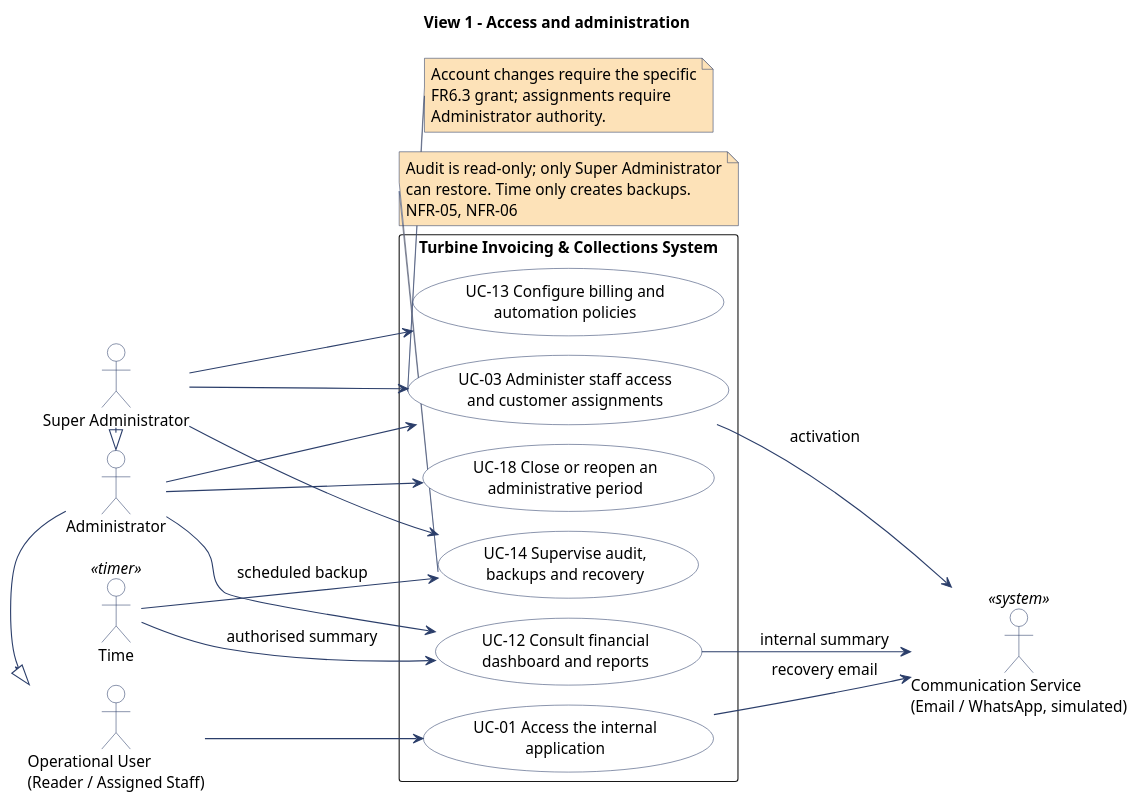
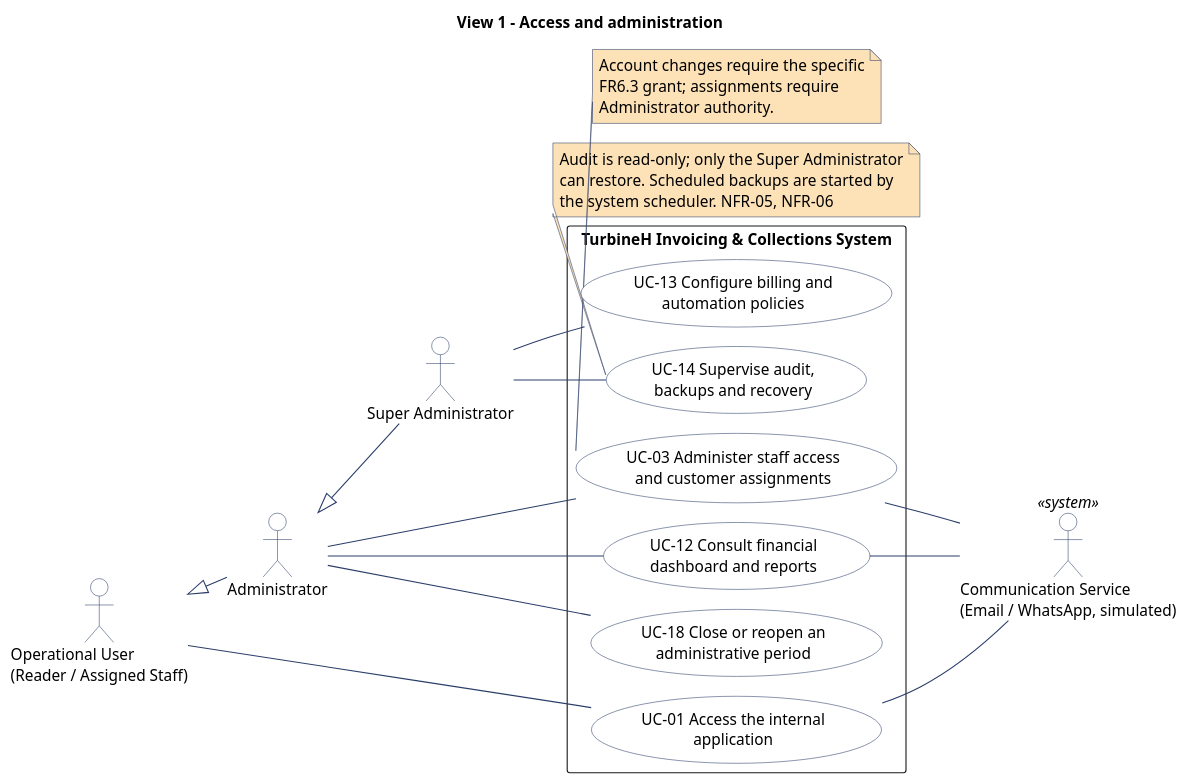
Before and after one commit to atrevete-adap/adap-project: the second of 5 diagrams in doc/src/use-case-diagram.pu, drawn with PlantUML. The commit also changed other lines of this file and 7 other files, not shown here.

First line of the commit message:
docs: fix use case diagram notation, add overview, remove Time actor (#33, #34, #35)

```diff
--- a/doc/src/use-case-diagram.pu
+++ b/doc/src/use-case-diagram.pu
@@ -6,70 +102,66 @@
 @startuml use-case-diagram-1-administration
 !pragma layout smetana
 left to right direction
 skinparam shadowing false
 skinparam packageStyle rectangle
 skinparam defaultFontName SansSerif
 skinparam defaultFontSize 14
 skinparam backgroundColor #FFFFFF
 skinparam usecase {
   BackgroundColor #FFFFFF
   BorderColor #2B3E6A
   FontColor #000000
 }
 skinparam actor {
   BackgroundColor #FFFFFF
   BorderColor #2B3E6A
   FontColor #000000
 }
 skinparam note {
   BackgroundColor #FDE2B8
   BorderColor #2B3E6A
 }
 skinparam arrow {
   Color #2B3E6A
 }
 title View 1 - Access and administration
 
 actor "Operational User\n(Reader / Assigned Staff)" as OpUser
 actor "Administrator" as Admin
 actor "Super Administrator" as SuperAdmin
-actor "Time" as Time <<timer>>
 actor "Communication Service\n(Email / WhatsApp, simulated)" as CommSrv <<system>>
 
-rectangle "Turbine Invoicing & Collections System" {
+rectangle "TurbineH Invoicing & Collections System" {
   usecase "UC-01 Access the internal\napplication" as UC01
   usecase "UC-03 Administer staff access\nand customer assignments" as UC03
   usecase "UC-12 Consult financial\ndashboard and reports" as UC12
   usecase "UC-13 Configure billing and\nautomation policies" as UC13
   usecase "UC-14 Supervise audit,\nbackups and recovery" as UC14
   usecase "UC-18 Close or reopen an\nadministrative period" as UC18
 }
 
-Admin -|> OpUser
-SuperAdmin -|> Admin
-OpUser --> UC01
-Admin --> UC03
-SuperAdmin --> UC03
-Admin --> UC12
-Admin --> UC18
-SuperAdmin --> UC13
-SuperAdmin --> UC14
-Time --> UC14 : scheduled backup
-Time --> UC12 : authorised summary
-UC01 --> CommSrv : recovery email
-UC03 --> CommSrv : activation
-UC12 --> CommSrv : internal summary
+OpUser <|-- Admin
+Admin <|-- SuperAdmin
+OpUser -- UC01
+Admin -- UC03
+Admin -- UC12
+Admin -- UC18
+SuperAdmin -- UC13
+SuperAdmin -- UC14
+UC01 -- CommSrv
+UC03 -- CommSrv
+UC12 -- CommSrv
+
+note bottom of UC14
+  Audit is read-only; only the Super Administrator
+  can restore. Scheduled backups are started by
+  the system scheduler. NFR-05, NFR-06
+end note
 
 note bottom of UC03
   Account changes require the specific
   FR6.3 grant; assignments require
   Administrator authority.
 end note
 
-note bottom of UC14
-  Audit is read-only; only Super Administrator
-  can restore. Time only creates backups.
-  NFR-05, NFR-06
-end note
-
 @enduml
```
